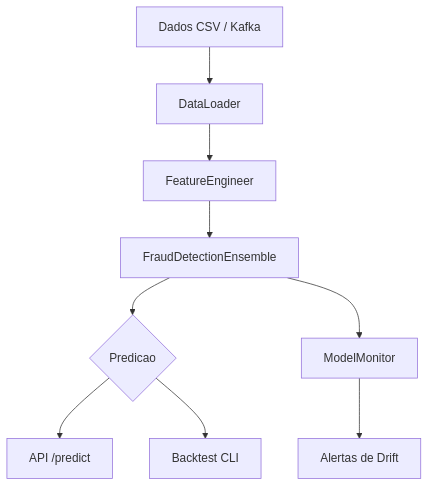
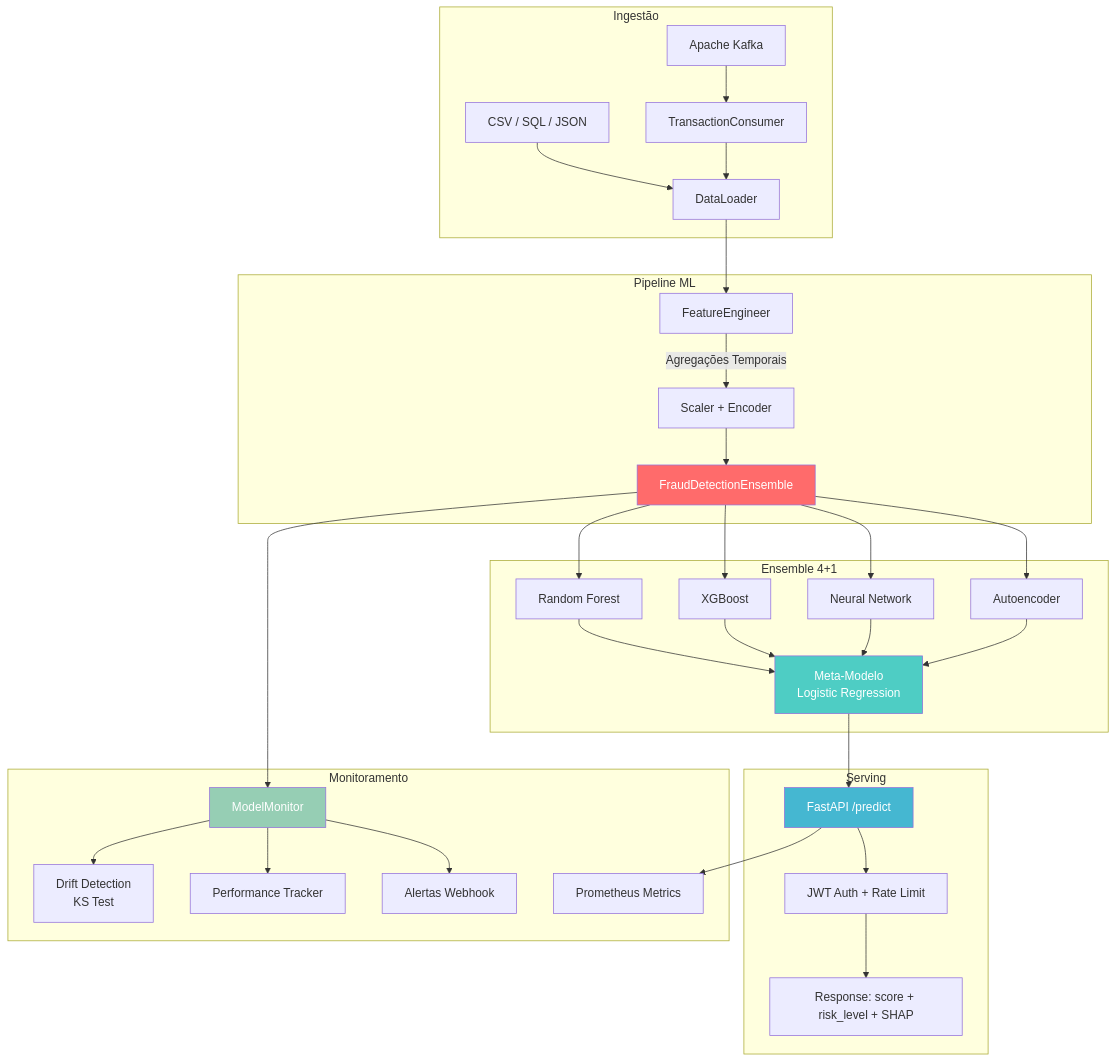
One commit to galafis/ai-financial-fraud-detection changed the first of 4 diagrams in README.md. Above: the diagram before and after it, drawn with Mermaid. The commit also changed other lines of this file and 5 other files, not shown here.

````diff
--- a/README.md
+++ b/README.md
@@ -52,11 +71,44 @@
 ```mermaid
 graph TD
-    A[Dados CSV / Kafka] --> B[DataLoader]
-    B --> C[FeatureEngineer]
-    C --> D[FraudDetectionEnsemble]
-    D --> E{Predicao}
-    E --> F[API /predict]
-    E --> G[Backtest CLI]
-    D --> H[ModelMonitor]
-    H --> I[Alertas de Drift]
+    subgraph Ingestão
+        A[CSV / SQL / JSON] --> B[DataLoader]
+        K[Apache Kafka] --> L[TransactionConsumer]
+        L --> B
+    end
+
+    subgraph Pipeline ML
+        B --> C[FeatureEngineer]
+        C -->|Agregações Temporais| D[Scaler + Encoder]
+        D --> E[FraudDetectionEnsemble]
+    end
+
+    subgraph Ensemble 4+1
+        E --> F1[Random Forest]
+        E --> F2[XGBoost]
+        E --> F3[Neural Network]
+        E --> F4[Autoencoder]
+        F1 --> G[Meta-Modelo<br/>Logistic Regression]
+        F2 --> G
+        F3 --> G
+        F4 --> G
+    end
+
+    subgraph Serving
+        G --> H[FastAPI /predict]
+        H --> I[JWT Auth + Rate Limit]
+        I --> J[Response: score + risk_level + SHAP]
+    end
+
+    subgraph Monitoramento
+        E --> M[ModelMonitor]
+        M --> N[Drift Detection<br/>KS Test]
+        M --> O[Performance Tracker]
+        M --> P[Alertas Webhook]
+        H --> Q[Prometheus Metrics]
+    end
+
+    style E fill:#ff6b6b,color:#fff
+    style G fill:#4ecdc4,color:#fff
+    style H fill:#45b7d1,color:#fff
+    style M fill:#96ceb4,color:#fff
 ```
````
